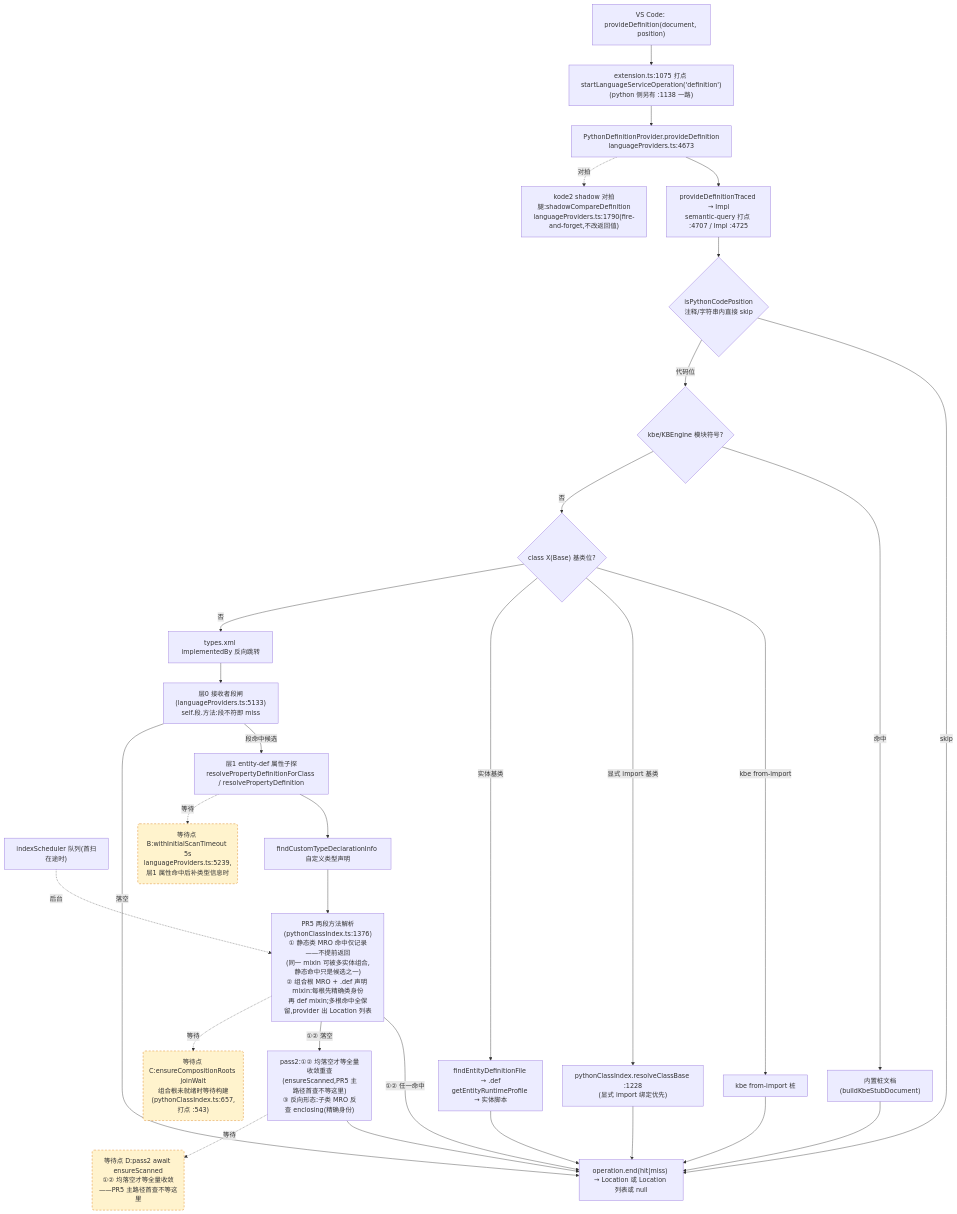
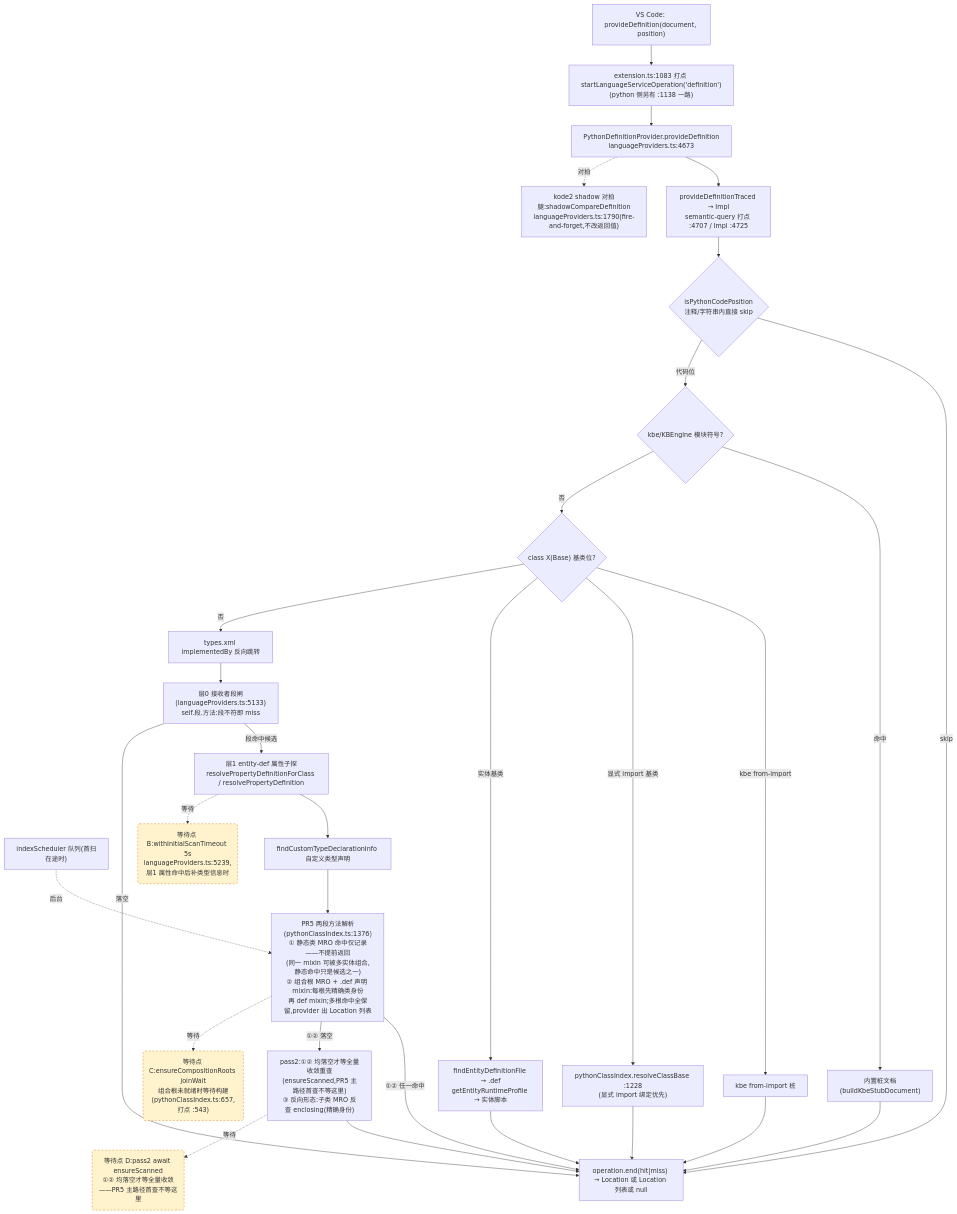
One commit to cuihairu/kode changed the second of 4 diagrams in docs/perf/2026-baseline.md. Above: the diagram before and after it, drawn with Mermaid. The commit also changed other lines of this file and 12 other files, not shown here.

````diff
--- a/docs/perf/2026-baseline.md
+++ b/docs/perf/2026-baseline.md
@@ -130,51 +130,51 @@
 ```mermaid
 flowchart TD
   VC2["VS Code: provideDefinition(document, position)"]
-  M2["extension.ts:1075 打点 startLanguageServiceOperation('definition')<br/>(python 侧另有 :1138 一路)"]
+  M2["extension.ts:1083 打点 startLanguageServiceOperation('definition')<br/>(python 侧另有 :1138 一路)"]
   AD2["PythonDefinitionProvider.provideDefinition<br/>languageProviders.ts:4673"]
   TR["provideDefinitionTraced → Impl<br/>semantic-query 打点 :4707 / Impl :4725"]
   CTX{"isPythonCodePosition<br/>注释/字符串内直接 skip"}
   KBE{"kbe/KBEngine 模块符号?"}
   STUB["内置桩文档(buildKbeStubDocument)"]
   CB{"class X(Base) 基类位?"}
   CB1["kbe from-import 桩"]
   CB2["pythonClassIndex.resolveClassBase :1228<br/>(显式 import 绑定优先)"]
   CB3["findEntityDefinitionFile → .def<br/>getEntityRuntimeProfile → 实体脚本"]
   REV["types.xml implementedBy 反向跳转"]
   L0["层0 接收者段闸(languageProviders.ts:5133)<br/>self.段.方法:段不符即 miss"]
   L1["层1 entity-def 属性子探<br/>resolvePropertyDefinitionForClass / resolvePropertyDefinition"]
   SCAN["indexScheduler 队列(首扫在途时)"]
   TY["findCustomTypeDeclarationInfo 自定义类型声明"]
   MRO["PR5 两段方法解析(pythonClassIndex.ts:1376)<br/>① 静态类 MRO 命中仅记录——不提前返回<br/>(同一 mixin 可被多实体组合,静态命中只是候选之一)<br/>② 组合根 MRO + .def 声明 mixin:每根先精确类身份<br/>再 def mixin;多根命中全保留,provider 出 Location 列表"]
   PASS2["pass2:①② 均落空才等全量收敛重查<br/>(ensureScanned,PR5 主路径首查不等这里)<br/>③ 反向形态:子类 MRO 反查 enclosing(精确身份)"]
   SHD["kode2 shadow 对拍腿:shadowCompareDefinition<br/>languageProviders.ts:1790(fire-and-forget,不改返回值)"]
   END2["operation.end(hit|miss) → Location 或 Location 列表或 null"]
 
   VC2 --> M2 --> AD2 --> TR --> CTX
   CTX -- "skip" --> END2
   CTX -- "代码位" --> KBE
   KBE -- "命中" --> STUB --> END2
   KBE -- "否" --> CB
   CB -- "kbe from-import" --> CB1 --> END2
   CB -- "显式 import 基类" --> CB2 --> END2
   CB -- "实体基类" --> CB3 --> END2
   CB -- "否" --> REV --> L0
   L0 -- "段命中候选" --> L1
   L0 -- "落空" --> END2
   L1 --> TY
   TY --> MRO
   MRO -- "①② 任一命中" --> END2
   MRO -- "①② 落空" --> PASS2 --> END2
   AD2 -.->|对拍| SHD
 
   WAITB("等待点 B:withInitialScanTimeout 5s<br/>languageProviders.ts:5239,层1 属性命中后补类型信息时")
   WAITC("等待点 C:ensureCompositionRoots joinWait<br/>组合根未就绪时等待构建(pythonClassIndex.ts:657,打点 :543)")
   WAITD("等待点 D:pass2 await ensureScanned<br/>①② 均落空才等全量收敛——PR5 主路径首查不等这里")
   L1 -.->|等待| WAITB
   MRO -.->|等待| WAITC
   PASS2 -.->|等待| WAITD
   SCAN -.->|后台| MRO
 
   classDef waitPoint fill:#fff3cd,stroke:#d97706,stroke-dasharray:5 4;
   class WAITB,WAITC,WAITD waitPoint;
 ```
````
